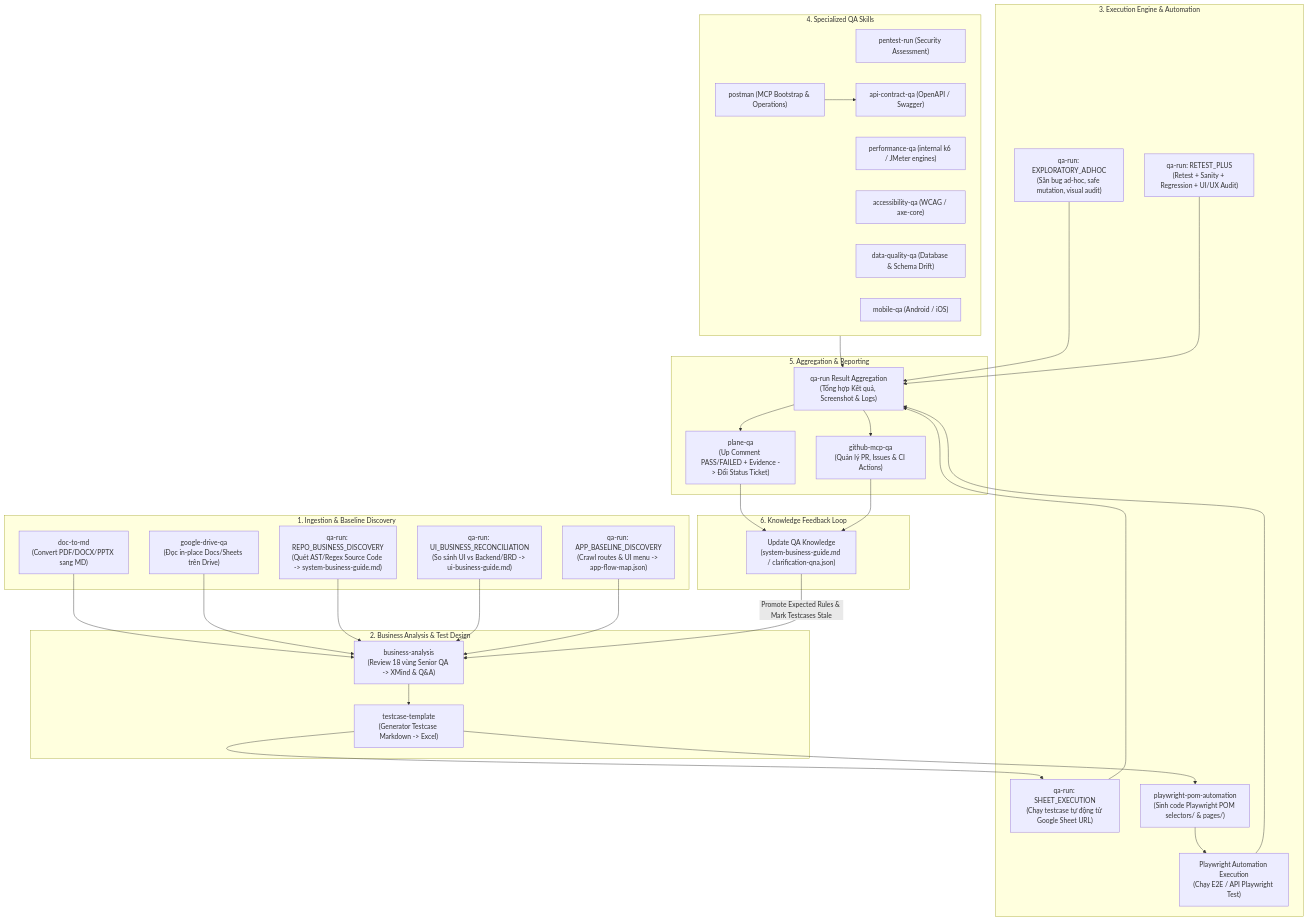
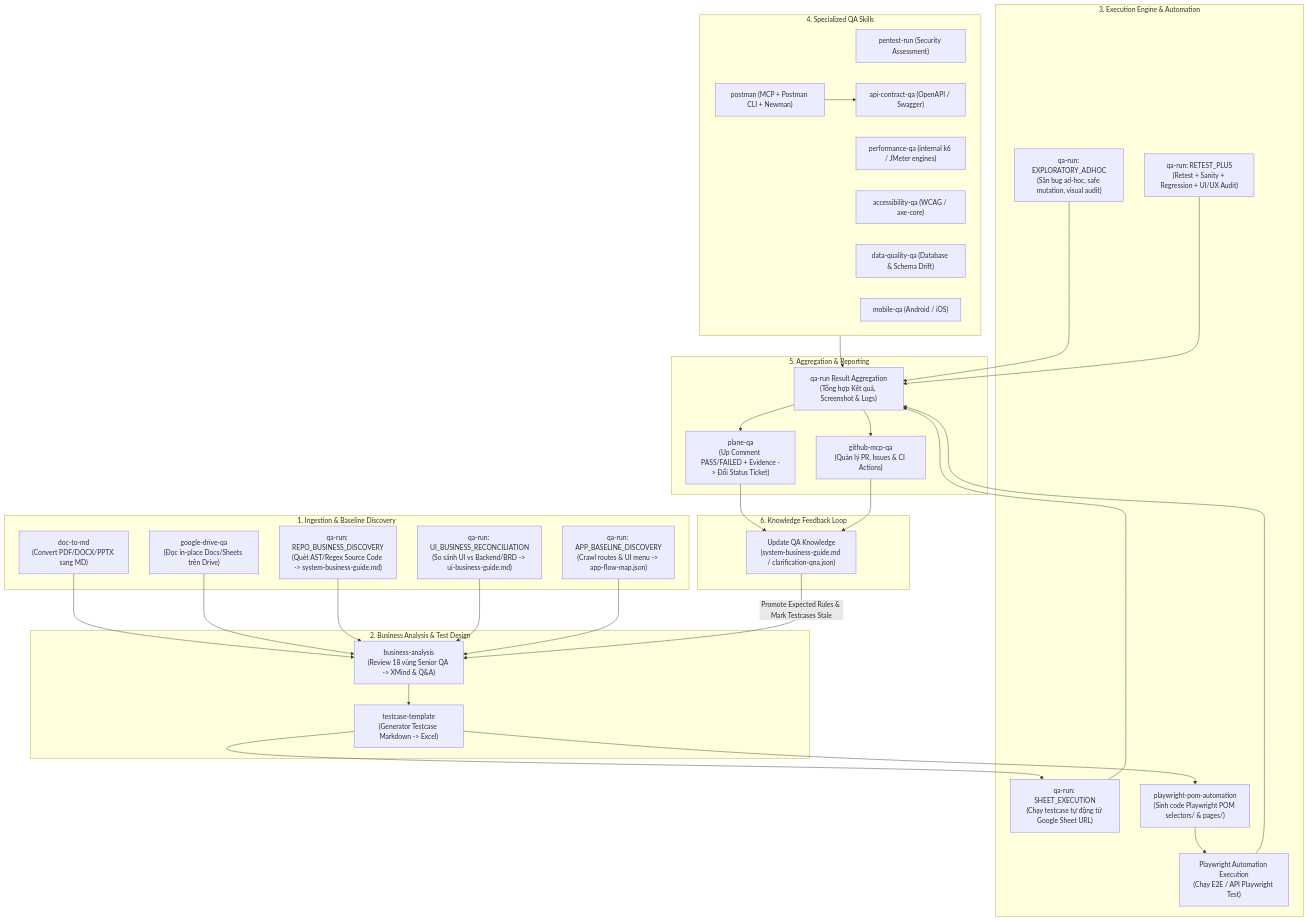
The first of 3 diagrams in SKILL_FLOW_MAPPING.md (tqphong02/QA-skill), drawn with Mermaid before and after one commit. The commit also changed other lines of this file and 29 other files, not shown here.

Commit message:
feat: implement parallel test execution worker system with functional group planning, user-selected assignment, and strict result schema validation.

````diff
--- a/SKILL_FLOW_MAPPING.md
+++ b/SKILL_FLOW_MAPPING.md
@@ -18,65 +18,65 @@
 ```mermaid
 flowchart TD
     %% 1. Ingestion & Discovery
     subgraph S1["1. Ingestion & Baseline Discovery"]
         DOC["doc-to-md\n(Convert PDF/DOCX/PPTX sang MD)"]
         DRIVE["google-drive-qa\n(Đọc in-place Docs/Sheets trên Drive)"]
         RBD["qa-run: REPO_BUSINESS_DISCOVERY\n(Quét AST/Regex Source Code -> system-business-guide.md)"]
         UBR["qa-run: UI_BUSINESS_RECONCILIATION\n(So sánh UI vs Backend/BRD -> ui-business-guide.md)"]
         ABD["qa-run: APP_BASELINE_DISCOVERY\n(Crawl routes & UI menu -> app-flow-map.json)"]
     end
 
     %% 2. Business Analysis & Test Design
     subgraph S2["2. Business Analysis & Test Design"]
         BA["business-analysis\n(Review 18 vùng Senior QA -> XMind & Q&A)"]
         TCT["testcase-template\n(Generator Testcase Markdown -> Excel)"]
     end
 
     %% 3. Execution & Automation Engine
     subgraph S3["3. Execution Engine & Automation"]
         EX_SHEET["qa-run: SHEET_EXECUTION\n(Chạy testcase tự động từ Google Sheet URL)"]
         EX_EXPLORATORY["qa-run: EXPLORATORY_ADHOC\n(Săn bug ad-hoc, safe mutation, visual audit)"]
         EX_RETEST["qa-run: RETEST_PLUS\n(Retest + Sanity + Regression + UI/UX Audit)"]
         POM_GEN["playwright-pom-automation\n(Sinh code Playwright POM selectors/ & pages/)"]
         POM_EXEC["Playwright Automation Execution\n(Chạy E2E / API Playwright Test)"]
     end
 
     %% 4. Specialized Testing
     subgraph S4["4. Specialized QA Skills"]
         SEC["pentest-run (Security Assessment)"]
         PERF["performance-qa (internal k6 / JMeter engines)"]
-        POSTMAN["postman (MCP Bootstrap & Operations)"]
+        POSTMAN["postman (MCP + Postman CLI + Newman)"]
         API["api-contract-qa (OpenAPI / Swagger)"]
         ACC["accessibility-qa (WCAG / axe-core)"]
         DBQ["data-quality-qa (Database & Schema Drift)"]
         MOB["mobile-qa (Android / iOS)"]
     end
 
     %% 5. Reporting & Exporters
     subgraph S5["5. Aggregation & Reporting"]
         AGG["qa-run Result Aggregation\n(Tổng hợp Kết quả, Screenshot & Logs)"]
         PLANE["plane-qa\n(Up Comment PASS/FAILED + Evidence -> Đổi Status Ticket)"]
         GH["github-mcp-qa\n(Quản lý PR, Issues & CI Actions)"]
     end
 
     %% 6. Feedback Loop
     subgraph S6["6. Knowledge Feedback Loop"]
         FB["Update QA Knowledge\n(system-business-guide.md / clarification-qna.json)"]
     end
 
     %% Data Connections
     DOC & DRIVE & RBD & UBR & ABD --> BA
     BA --> TCT
     TCT --> EX_SHEET
     TCT --> POM_GEN
     POM_GEN --> POM_EXEC
     POSTMAN --> API
     
     EX_SHEET & EX_EXPLORATORY & EX_RETEST & POM_EXEC & S4 --> AGG
     
     AGG --> PLANE
     AGG --> GH
     
     PLANE & GH --> FB
     FB -->|Promote Expected Rules & Mark Testcases Stale| BA
 ```
````
